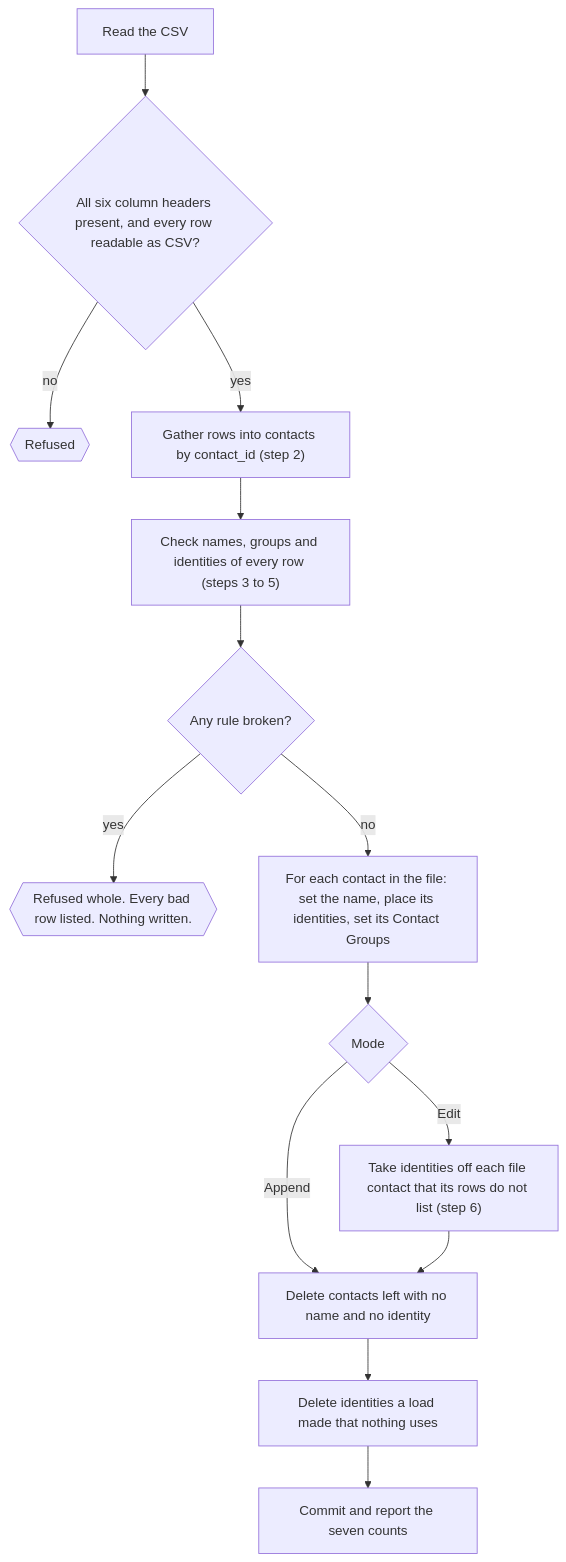
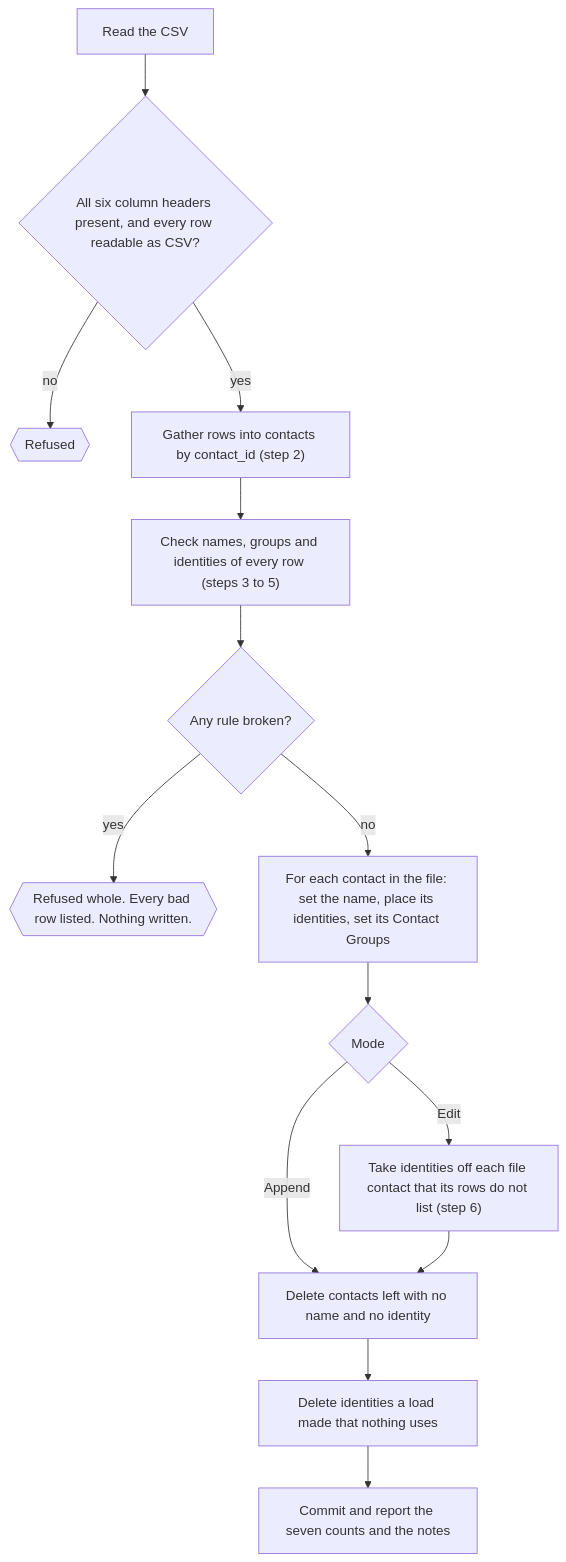
One commit to bitrealm-io/message-vault changed the third of 8 diagrams in docs/architecture/how-contacts-are-made-and-changed.md. Above: the diagram before and after it, drawn with Mermaid. The commit also changed other lines of this file and 10 other files, not shown here.

````diff
--- a/docs/architecture/how-contacts-are-made-and-changed.md
+++ b/docs/architecture/how-contacts-are-made-and-changed.md
@@ -99,16 +99,16 @@
 ```mermaid
 flowchart TD
   A["Read the CSV"] --> B{"All six column headers present, and every row readable as CSV?"}
   B -- no --> R{{"Refused"}}
   B -- yes --> C["Gather rows into contacts by contact_id (step 2)"]
   C --> D["Check names, groups and identities of every row (steps 3 to 5)"]
   D --> E{"Any rule broken?"}
   E -- yes --> R2{{"Refused whole. Every bad row listed. Nothing written."}}
   E -- no --> F["For each contact in the file: set the name, place its identities, set its Contact Groups"]
   F --> G{"Mode"}
   G -- Append --> I
   G -- Edit --> H["Take identities off each file contact that its rows do not list (step 6)"]
   H --> I["Delete contacts left with no name and no identity"]
   I --> J["Delete identities a load made that nothing uses"]
-  J --> K["Commit and report the seven counts"]
+  J --> K["Commit and report the seven counts and the notes"]
 ```
````
